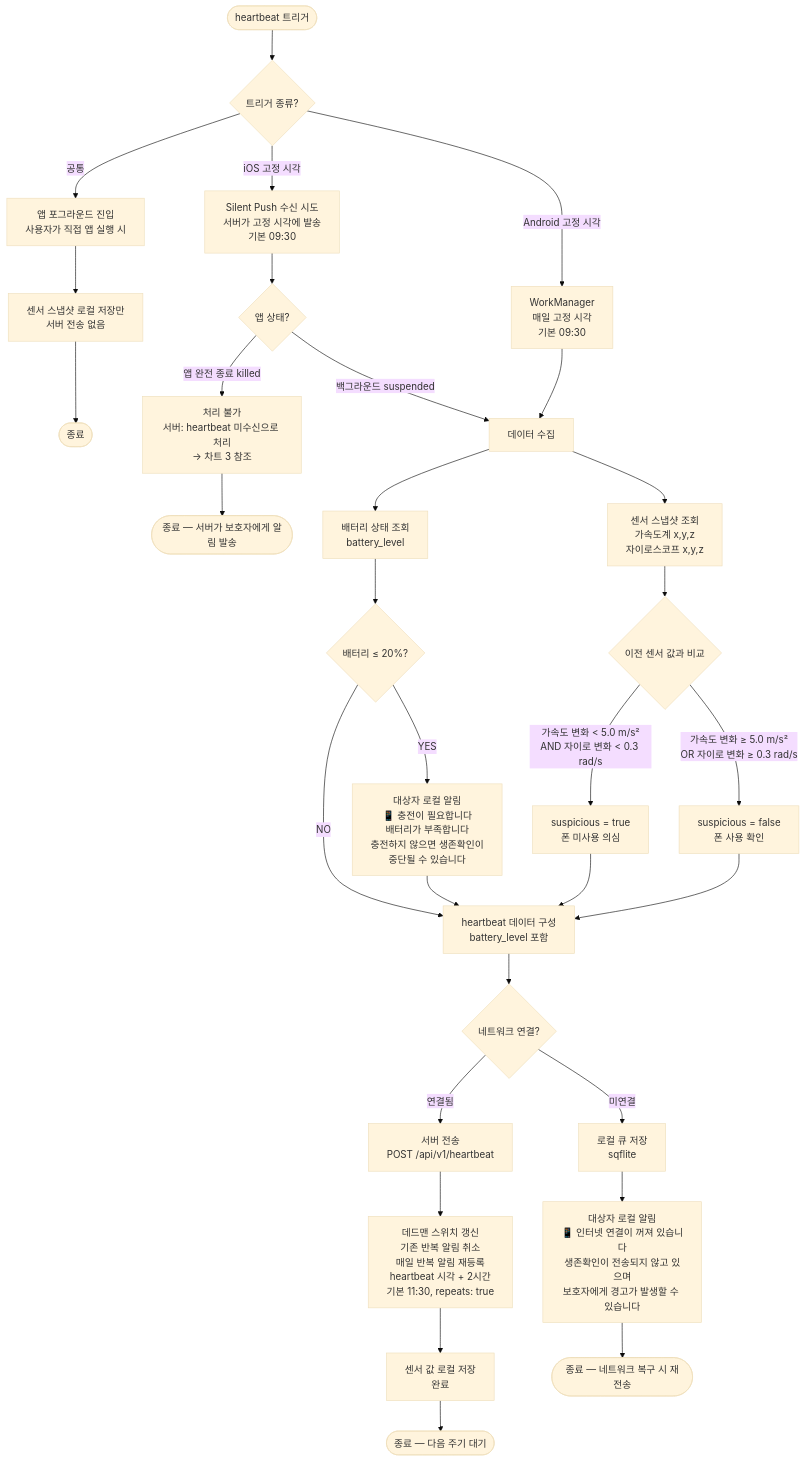
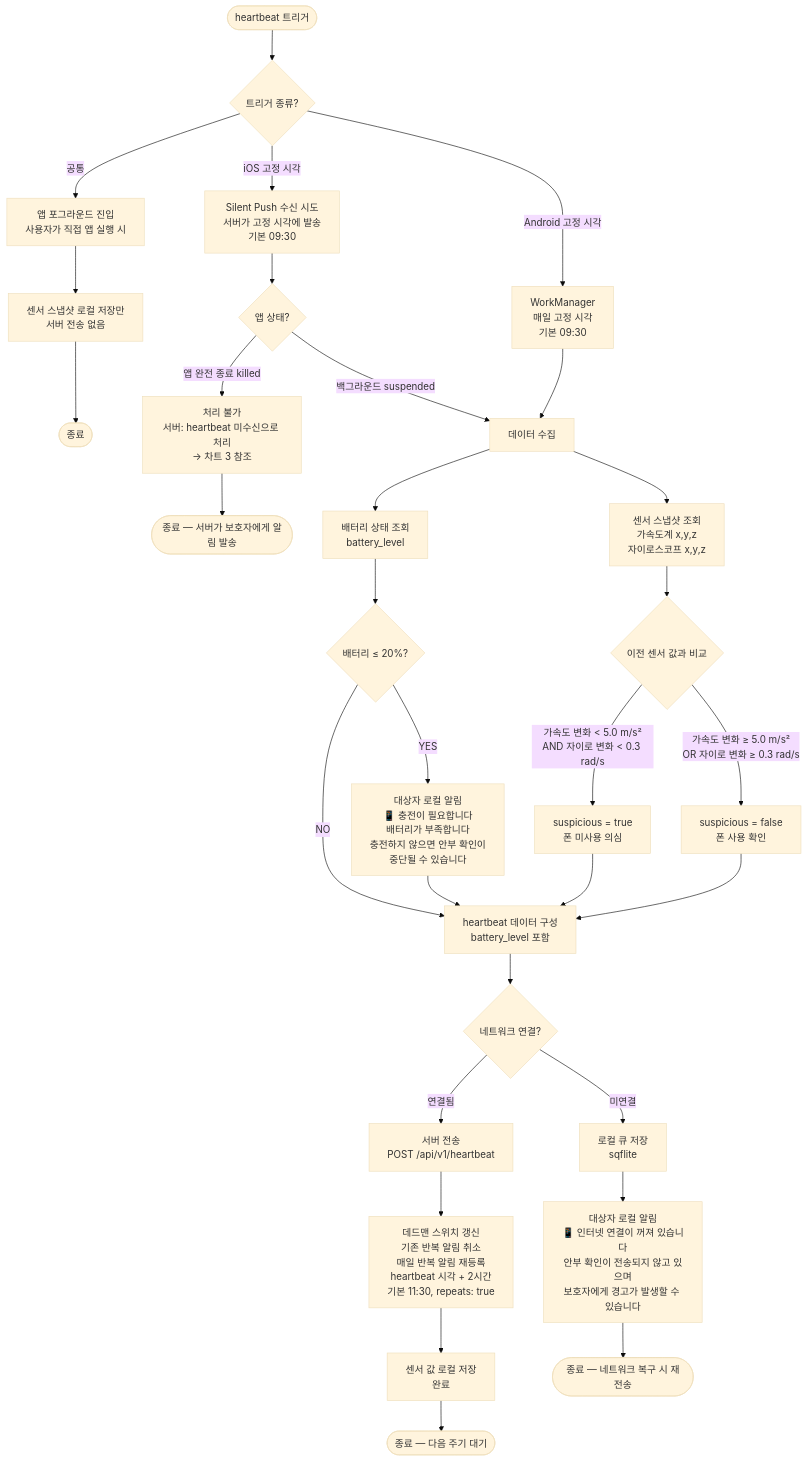
One commit to l10s18bok/anbucheck-server changed the first of 6 diagrams in .ref/heartbeat_flowchart.md. Above: the diagram before and after it, drawn with Mermaid (base theme). The commit also changed other lines of this file and 3 other files, not shown here.

````diff
--- a/.ref/heartbeat_flowchart.md
+++ b/.ref/heartbeat_flowchart.md
@@ -23,54 +23,54 @@
 ```mermaid
 flowchart TD
     Start([heartbeat 트리거])
     Start --> Trigger
 
     Trigger{트리거 종류?}
     Trigger -->|Android 고정 시각| WM[WorkManager<br/>매일 고정 시각<br/>기본 09:30]
     Trigger -->|iOS 고정 시각| SP[Silent Push 수신 시도<br/>서버가 고정 시각에 발송<br/>기본 09:30]
     Trigger -->|공통| FG[앱 포그라운드 진입<br/>사용자가 직접 앱 실행 시]
 
     FG --> FGCollect[센서 스냅샷 로컬 저장만<br/>서버 전송 없음]
     FGCollect --> End0([종료])
 
     SP --> SPState{앱 상태?}
     SPState -->|백그라운드 suspended| Collect
     SPState -->|앱 완전 종료 killed| SPKilled[처리 불가<br/>서버: heartbeat 미수신으로 처리<br/>→ 차트 3 참조]
     SPKilled --> End3([종료 — 서버가 보호자에게 알림 발송])
 
     WM --> Collect
 
     Collect[데이터 수집]
     Collect --> Sensor[센서 스냅샷 조회<br/>가속도계 x,y,z<br/>자이로스코프 x,y,z]
     Collect --> Battery[배터리 상태 조회<br/>battery_level]
 
     Sensor --> Compare{이전 센서 값과 비교}
     Compare -->|가속도 변화 < 5.0 m/s²<br/>AND 자이로 변화 < 0.3 rad/s| Suspicious[suspicious = true<br/>폰 미사용 의심]
     Compare -->|가속도 변화 ≥ 5.0 m/s²<br/>OR 자이로 변화 ≥ 0.3 rad/s| Normal[suspicious = false<br/>폰 사용 확인]
 
     Battery --> BattCheck{배터리 ≤ 20%?}
-    BattCheck -->|YES| SubjectNoti[대상자 로컬 알림<br/>📱 충전이 필요합니다<br/>배터리가 부족합니다<br/>충전하지 않으면 생존확인이<br/>중단될 수 있습니다]
+    BattCheck -->|YES| SubjectNoti[대상자 로컬 알림<br/>📱 충전이 필요합니다<br/>배터리가 부족합니다<br/>충전하지 않으면 안부 확인이<br/>중단될 수 있습니다]
     BattCheck -->|NO| Build
 
     SubjectNoti --> Build
 
     Suspicious --> Build
     Normal --> Build
 
     Build[heartbeat 데이터 구성<br/>battery_level 포함]
 
     Build --> Network{네트워크 연결?}
 
     Network -->|연결됨| Send[서버 전송<br/>POST /api/v1/heartbeat]
     Network -->|미연결| Queue[로컬 큐 저장<br/>sqflite]
 
-    Queue --> LocalNoti1[대상자 로컬 알림<br/>📱 인터넷 연결이 꺼져 있습니다<br/>생존확인이 전송되지 않고 있으며<br/>보호자에게 경고가 발생할 수 있습니다]
+    Queue --> LocalNoti1[대상자 로컬 알림<br/>📱 인터넷 연결이 꺼져 있습니다<br/>안부 확인이 전송되지 않고 있으며<br/>보호자에게 경고가 발생할 수 있습니다]
 
     Send --> DeadmanReset[데드맨 스위치 갱신<br/>기존 반복 알림 취소<br/>매일 반복 알림 재등록<br/>heartbeat 시각 + 2시간<br/>기본 11:30, repeats: true]
 
     DeadmanReset --> SaveEnd[센서 값 로컬 저장<br/>완료]
 
     SaveEnd --> End1([종료 — 다음 주기 대기])
 
     LocalNoti1 --> End2([종료 — 네트워크 복구 시 재전송])
 ```
````
